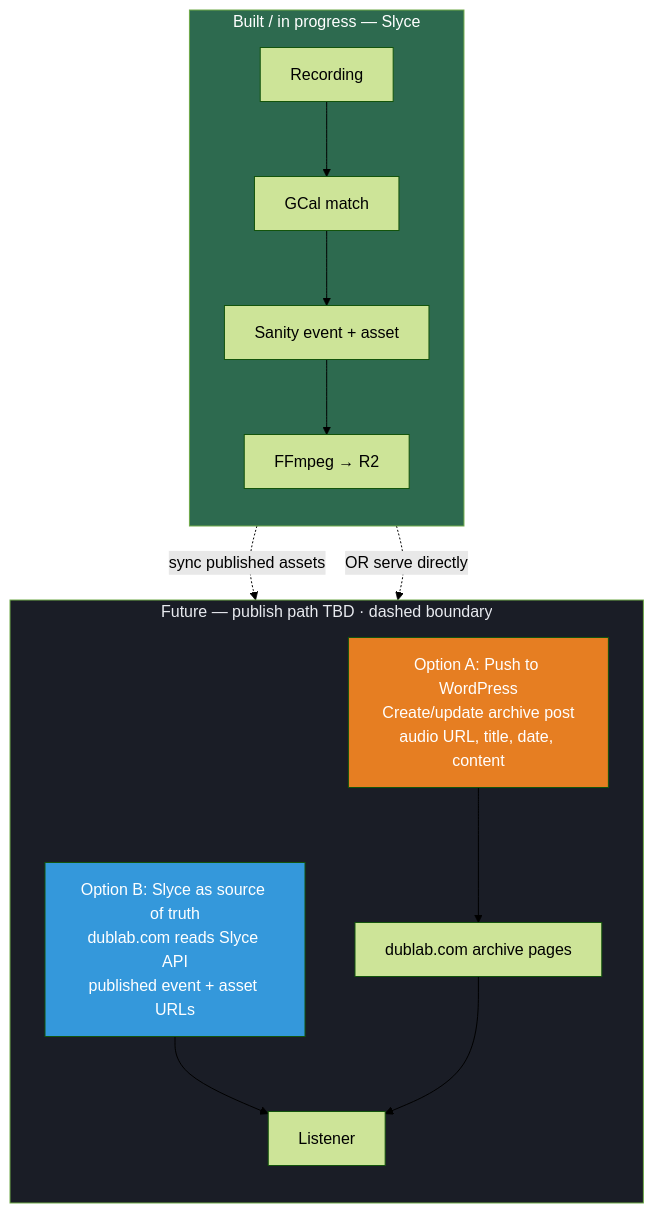
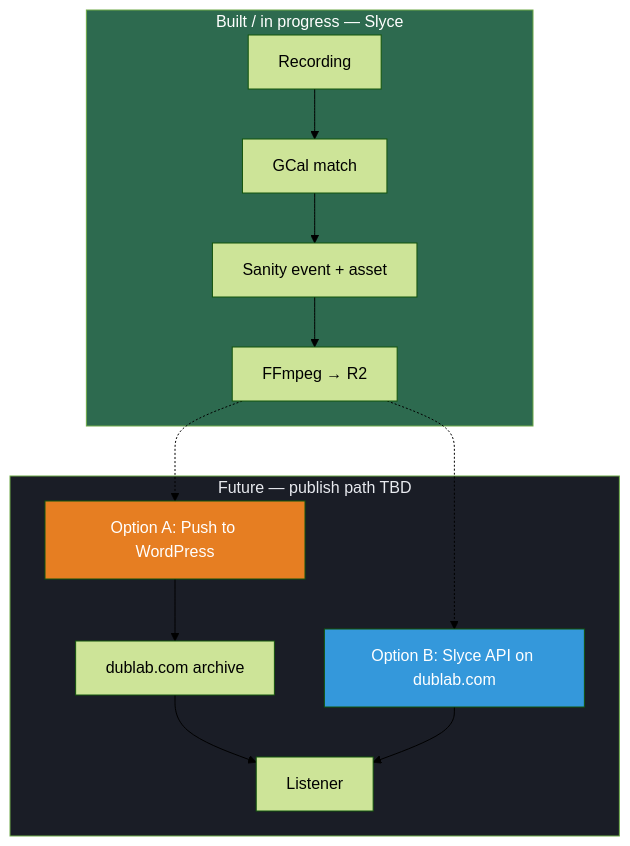
One commit to bean-la/public-scratch changed the fifth of 5 diagrams in content/dublab-current-vs-slyce.md. Above: the diagram before and after it, drawn with Mermaid (forest theme). The commit also changed other lines of this file and 5 other files, not shown here.

````diff
--- a/content/dublab-current-vs-slyce.md
+++ b/content/dublab-current-vs-slyce.md
@@ -164,31 +184,24 @@
 ```mermaid
 flowchart TB
     subgraph BUILT["Built / in progress — Slyce"]
-        direction TB
-        REC3["Recording"]
-        MATCH3["GCal match"]
-        ASSET3["Sanity event + asset"]
-        RENDER3["FFmpeg → R2"]
-        REC3 --> MATCH3 --> ASSET3 --> RENDER3
+        REC3["Recording"] --> MATCH3["GCal match"] --> ASSET3["Sanity event + asset"] --> RENDER3["FFmpeg → R2"]
     end
 
-    subgraph FUTURE["Future — publish path TBD · dashed boundary"]
-        direction TB
-        OPT_A["Option A: Push to WordPress<br/>Create/update archive post<br/>audio URL, title, date, content"]
-        OPT_B["Option B: Slyce as source of truth<br/>dublab.com reads Slyce API<br/>published event + asset URLs"]
-        WP_SITE["dublab.com archive pages"]
+    subgraph FUTURE["Future — publish path TBD"]
+        OPT_A["Option A: Push to WordPress"]
+        OPT_B["Option B: Slyce API on dublab.com"]
+        WP_SITE["dublab.com archive"]
         LISTENER["Listener"]
 
-        OPT_A --> WP_SITE
+        OPT_A --> WP_SITE --> LISTENER
         OPT_B --> LISTENER
-        WP_SITE --> LISTENER
     end
 
-    RENDER3 -.->|"sync published assets"| OPT_A
-    RENDER3 -.->|"OR serve directly"| OPT_B
+    RENDER3 -.-> OPT_A
+    RENDER3 -.-> OPT_B
 
     style BUILT fill:#2d6a4f,color:#fff
     style FUTURE fill:#1a1d26,color:#e8eaef
     style OPT_A fill:#e67e22,color:#fff
     style OPT_B fill:#3498db,color:#fff
 ```
````
